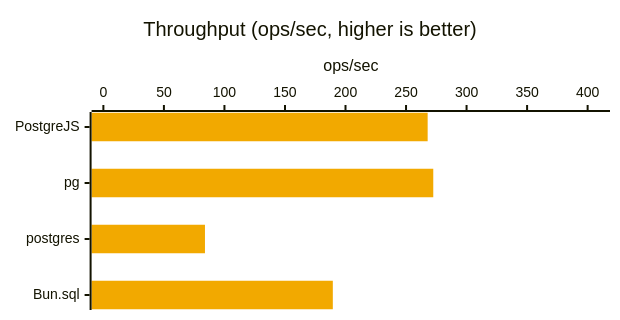
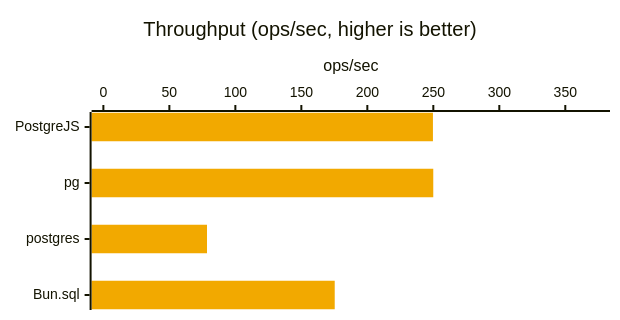
One commit to panates/postgrejs-doc changed the second of 56 diagrams in docs/getting-started/benchmarks-bun.md. Above: the diagram before and after it, drawn with Mermaid. The commit also changed other lines of this file and 13 other files, not shown here.

````diff
--- a/docs/getting-started/benchmarks-bun.md
+++ b/docs/getting-started/benchmarks-bun.md
@@ -109,8 +116,8 @@
 ```mermaid
 %%{init: {'xyChart': {'width': 600, 'height': 300, 'chartOrientation': 'horizontal'}, 'themeVariables': {'xyChart': {'plotColorPalette': '#f2a900'}}}}%%
 xychart-beta
     title "Throughput (ops/sec, higher is better)"
     x-axis ["PostgreJS", "pg", "postgres", "Bun.sql"]
-    y-axis "ops/sec" 0.0000 --> 408.7443
-    bar [267.8563, 272.4962, 83.9125, 189.5205]
+    y-axis "ops/sec" 0.0000 --> 374.9449
+    bar [249.7080, 249.9633, 78.5176, 175.2901]
 ```
````
